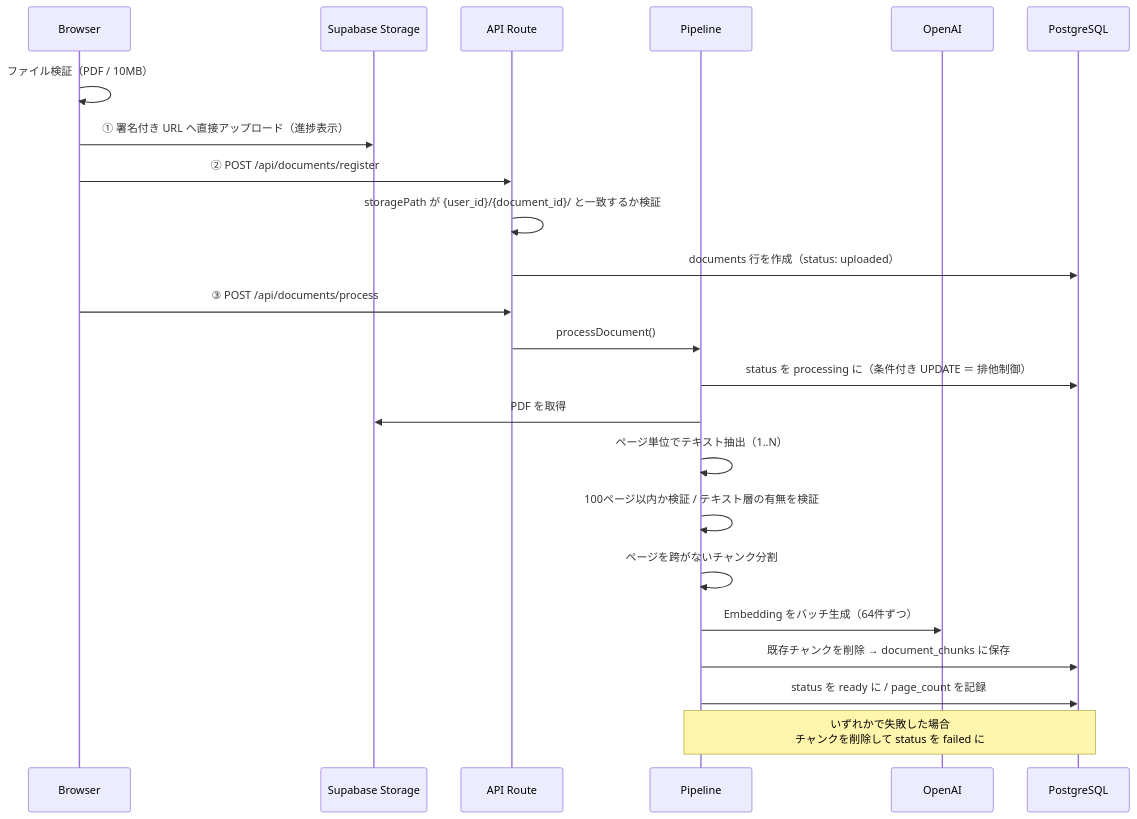
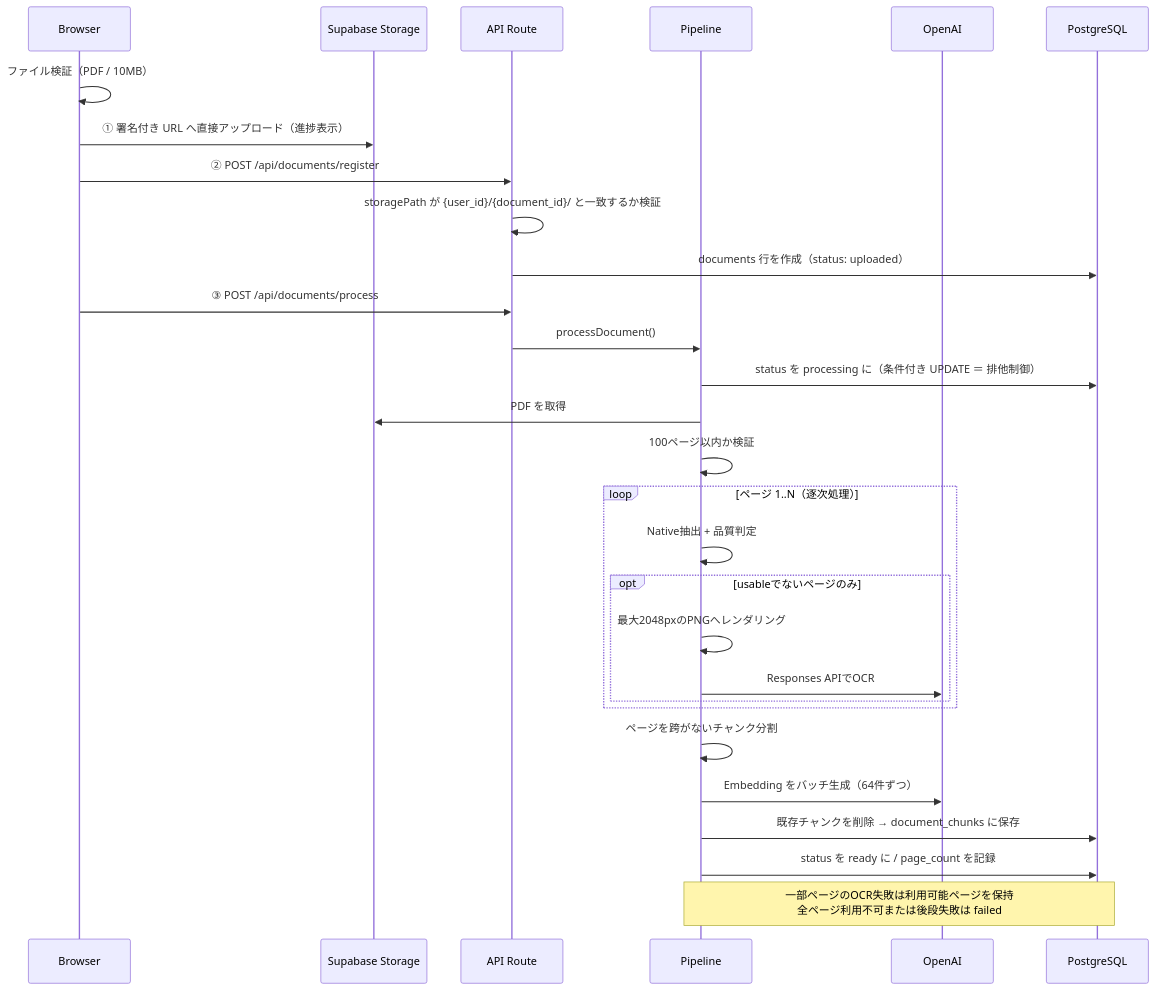
The second of 3 diagrams in README.md (aicmode/enterprise-rag-knowledge-ai), drawn with Mermaid before and after one commit. The commit also changed other lines of this file and 29 other files, not shown here.

````diff
--- a/README.md
+++ b/README.md
@@ -209,26 +212,32 @@
 ```mermaid
 sequenceDiagram
     participant B as Browser
     participant S as Supabase Storage
     participant A as API Route
     participant P as Pipeline
     participant O as OpenAI
     participant D as PostgreSQL
 
     B->>B: ファイル検証（PDF / 10MB）
     B->>S: ① 署名付き URL へ直接アップロード（進捗表示）
     B->>A: ② POST /api/documents/register
     A->>A: storagePath が {user_id}/{document_id}/ と一致するか検証
     A->>D: documents 行を作成（status: uploaded）
     B->>A: ③ POST /api/documents/process
     A->>P: processDocument()
     P->>D: status を processing に（条件付き UPDATE ＝ 排他制御）
     P->>S: PDF を取得
-    P->>P: ページ単位でテキスト抽出（1..N）
-    P->>P: 100ページ以内か検証 / テキスト層の有無を検証
+    P->>P: 100ページ以内か検証
+    loop ページ 1..N（逐次処理）
+        P->>P: Native抽出 + 品質判定
+        opt usableでないページのみ
+            P->>P: 最大2048pxのPNGへレンダリング
+            P->>O: Responses APIでOCR
+        end
+    end
     P->>P: ページを跨がないチャンク分割
     P->>O: Embedding をバッチ生成（64件ずつ）
     P->>D: 既存チャンクを削除 → document_chunks に保存
     P->>D: status を ready に / page_count を記録
-    Note over P,D: いずれかで失敗した場合<br/>チャンクを削除して status を failed に
+    Note over P,D: 一部ページのOCR失敗は利用可能ページを保持<br/>全ページ利用不可または後段失敗は failed
 ```
````
